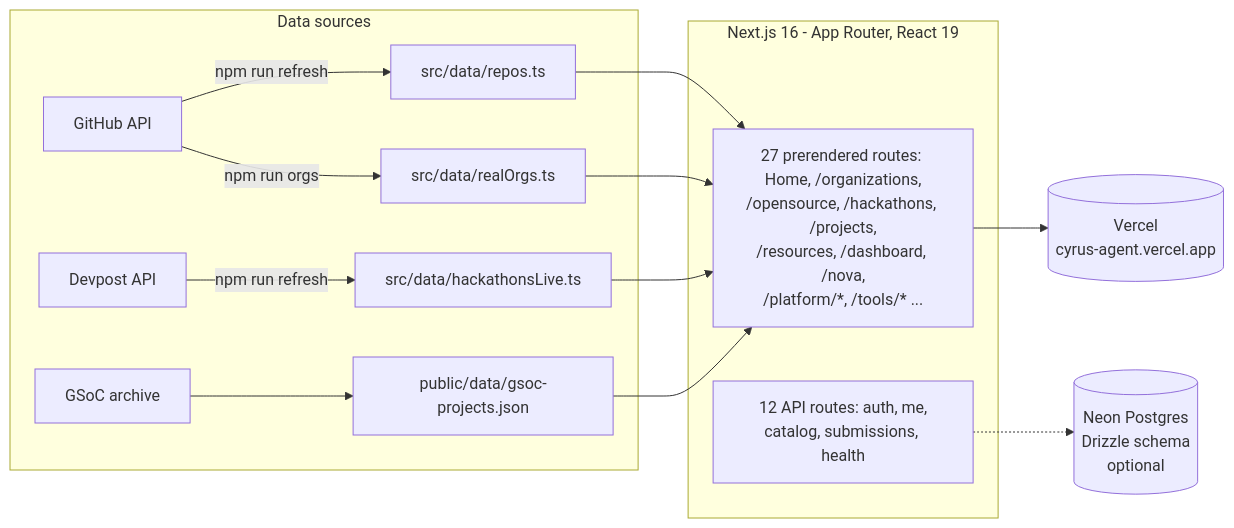
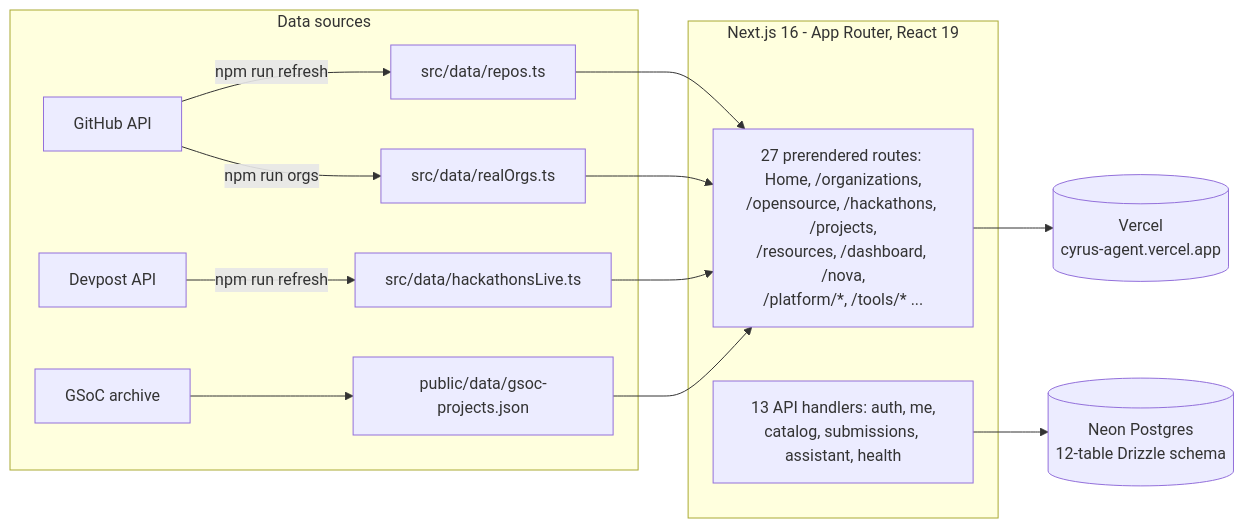
The second of 2 diagrams in README.md (Anshuu2004/cyrus), drawn with Mermaid before and after one commit. The commit also changed other lines of this file, not shown here.

````diff
--- a/README.md
+++ b/README.md
@@ -244,15 +293,15 @@
 ```mermaid
 flowchart LR
     subgraph sources [Data sources]
         GH[GitHub API] -->|npm run refresh| D1[src/data/repos.ts]
         GH -->|npm run orgs| D2[src/data/realOrgs.ts]
         DP[Devpost API] -->|npm run refresh| D3[src/data/hackathonsLive.ts]
         SOC[GSoC archive] --> D4[public/data/gsoc-projects.json]
     end
     subgraph app [Next.js 16 - App Router, React 19]
         D1 & D2 & D3 & D4 --> PAGES[27 prerendered routes: Home, /organizations,<br/>/opensource, /hackathons, /projects,<br/>/resources, /dashboard, /nova,<br/>/platform/*, /tools/* ...]
-        API[12 API routes: auth, me,<br/>catalog, submissions, health]
+        API[13 API handlers: auth, me,<br/>catalog, submissions, assistant, health]
     end
     PAGES --> V[(Vercel<br/>cyrus-agent.vercel.app)]
-    API -.-> DB[(Neon Postgres<br/>Drizzle schema<br/>optional)]
+    API --> DB[(Neon Postgres<br/>12-table Drizzle schema)]
 ```
````
